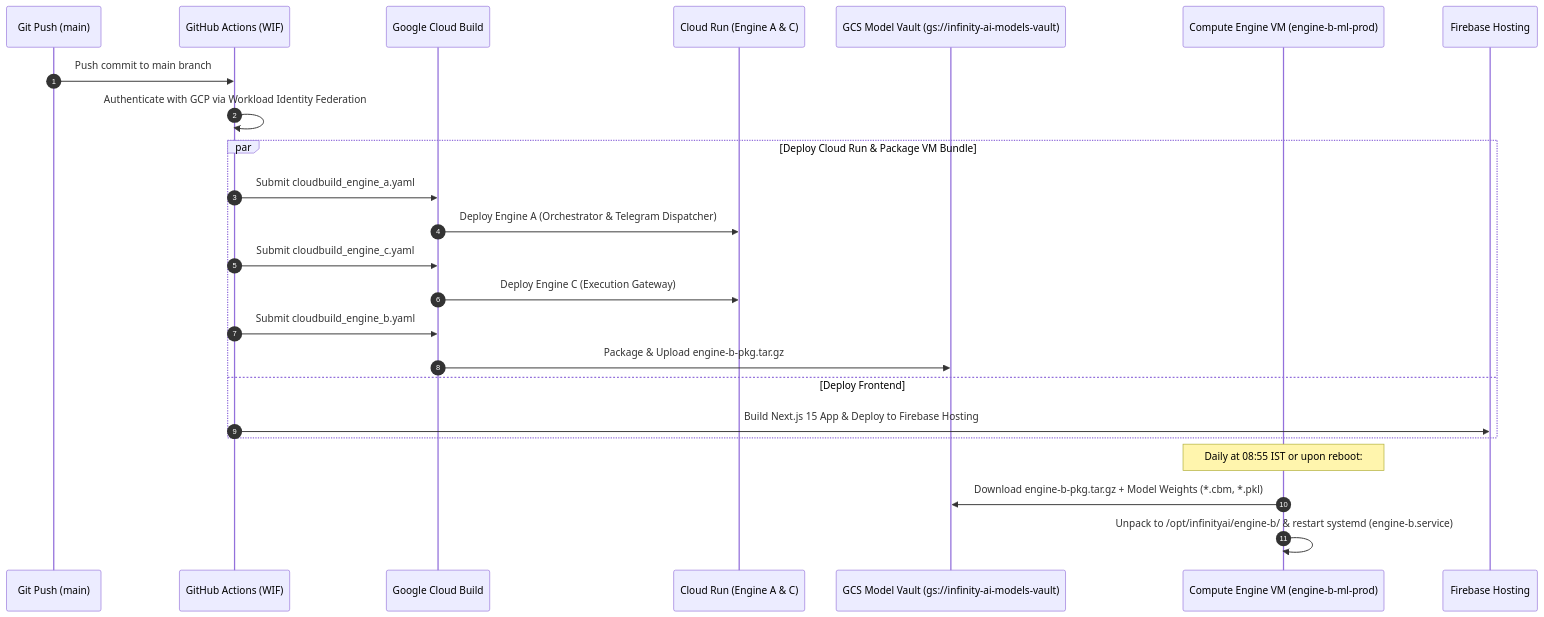
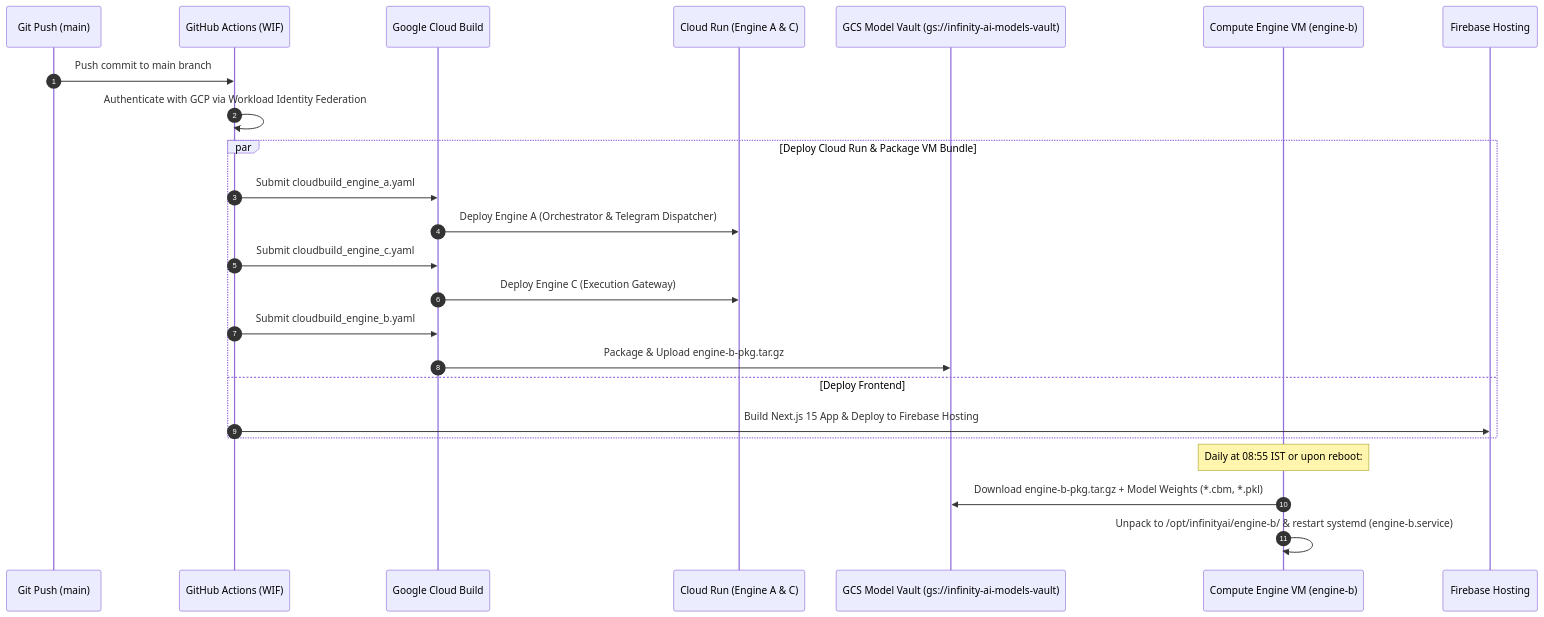
The second of 2 diagrams in README.md (raghu-1718/InfinityAI.Pro), drawn with Mermaid before and after one commit. The commit also changed other lines of this file and 122 other files, not shown here.

````diff
--- a/README.md
+++ b/README.md
@@ -192,31 +192,31 @@
 ```mermaid
 sequenceDiagram
     autonumber
     participant Dev as Git Push (main)
     participant GHA as GitHub Actions (WIF)
     participant CB as Google Cloud Build
     participant CR as Cloud Run (Engine A & C)
     participant GCS as GCS Model Vault (gs://infinity-ai-models-vault)
-    participant VM as Compute Engine VM (engine-b-ml-prod)
+    participant VM as Compute Engine VM (engine-b)
     participant FB as Firebase Hosting
 
     Dev->>GHA: Push commit to main branch
     GHA->>GHA: Authenticate with GCP via Workload Identity Federation
     
     par Deploy Cloud Run & Package VM Bundle
         GHA->>CB: Submit cloudbuild_engine_a.yaml
         CB->>CR: Deploy Engine A (Orchestrator & Telegram Dispatcher)
         
         GHA->>CB: Submit cloudbuild_engine_c.yaml
         CB->>CR: Deploy Engine C (Execution Gateway)
         
         GHA->>CB: Submit cloudbuild_engine_b.yaml
         CB->>GCS: Package & Upload engine-b-pkg.tar.gz
     and Deploy Frontend
         GHA->>FB: Build Next.js 15 App & Deploy to Firebase Hosting
     end
 
     Note over VM: Daily at 08:55 IST or upon reboot:
     VM->>GCS: Download engine-b-pkg.tar.gz + Model Weights (*.cbm, *.pkl)
     VM->>VM: Unpack to /opt/infinityai/engine-b/ & restart systemd (engine-b.service)
 ```
````
